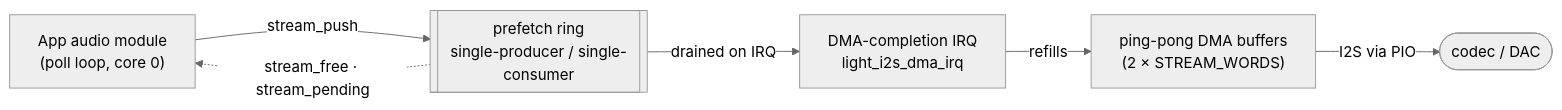
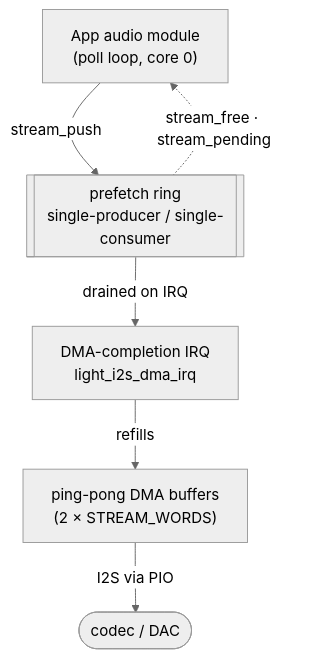
One commit to lightsource-nz/light_mk5 changed the diagram in documents/04-audio-and-midi.md. Above: the diagram before and after it, drawn with Mermaid (neutral theme).

Commit message:
Stack the audio dataflow diagram vertically
The IRQ prefetch-ring diagram was graph LR — a five-node linear chain
that laid out as one very wide row, unreadable once shrunk to page
width. Switch it to graph TD so the nodes stack top-to-bottom at full
size.

````diff
--- a/documents/04-audio-and-midi.md
+++ b/documents/04-audio-and-midi.md
@@ -129,14 +129,14 @@
 ```mermaid
-graph LR
+graph TD
     app["App audio module<br/>(poll loop, core 0)"]
     ring[["prefetch ring<br/>single-producer / single-consumer"]]
     irq["DMA-completion IRQ<br/>light_i2s_dma_irq"]
     dma["ping-pong DMA buffers<br/>(2 × STREAM_WORDS)"]
     codec(["codec / DAC"])
 
     app -->|stream_push| ring
     ring -->|drained on IRQ| irq
     irq -->|refills| dma
     dma -->|I2S via PIO| codec
     ring -.->|stream_free · stream_pending| app
 ```
````
